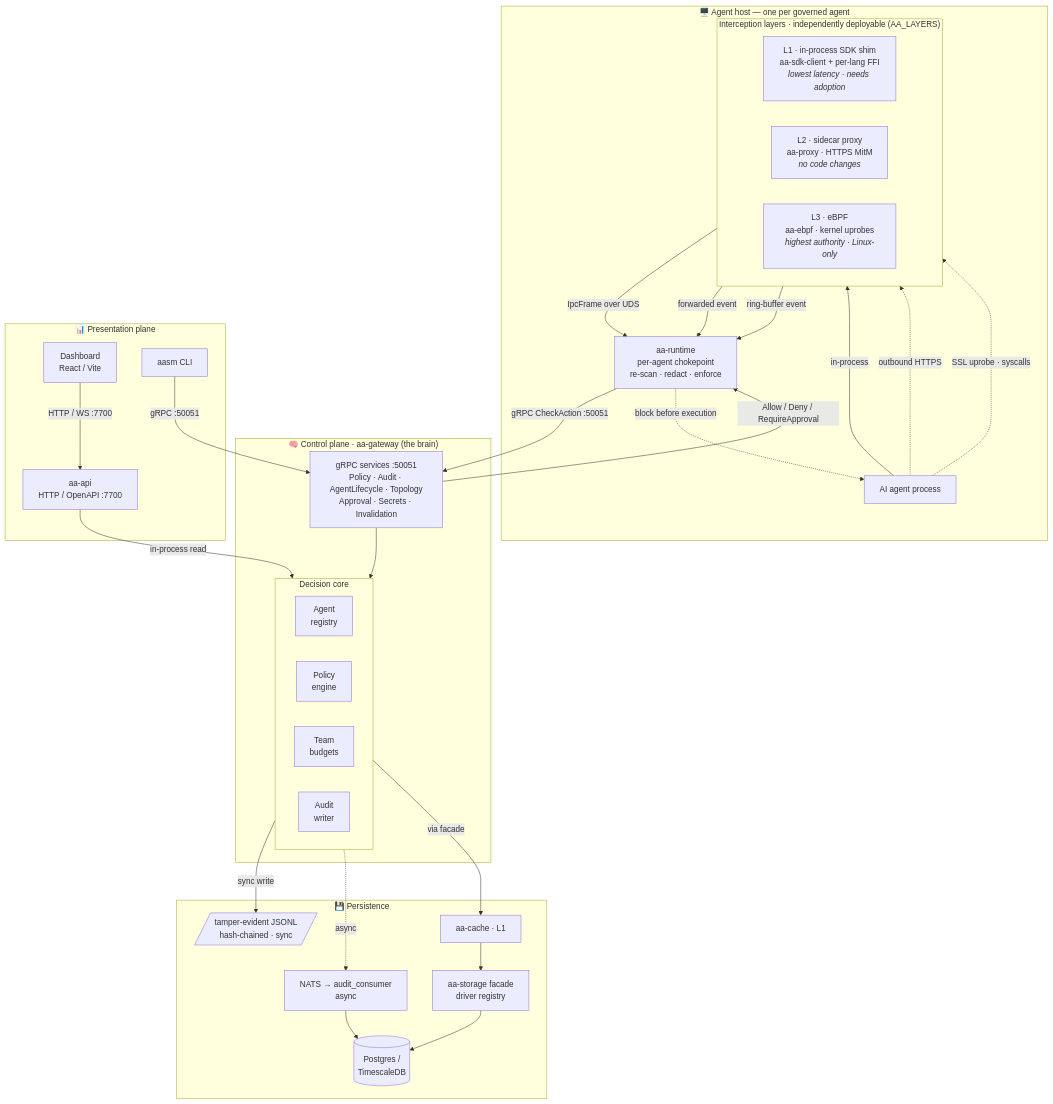
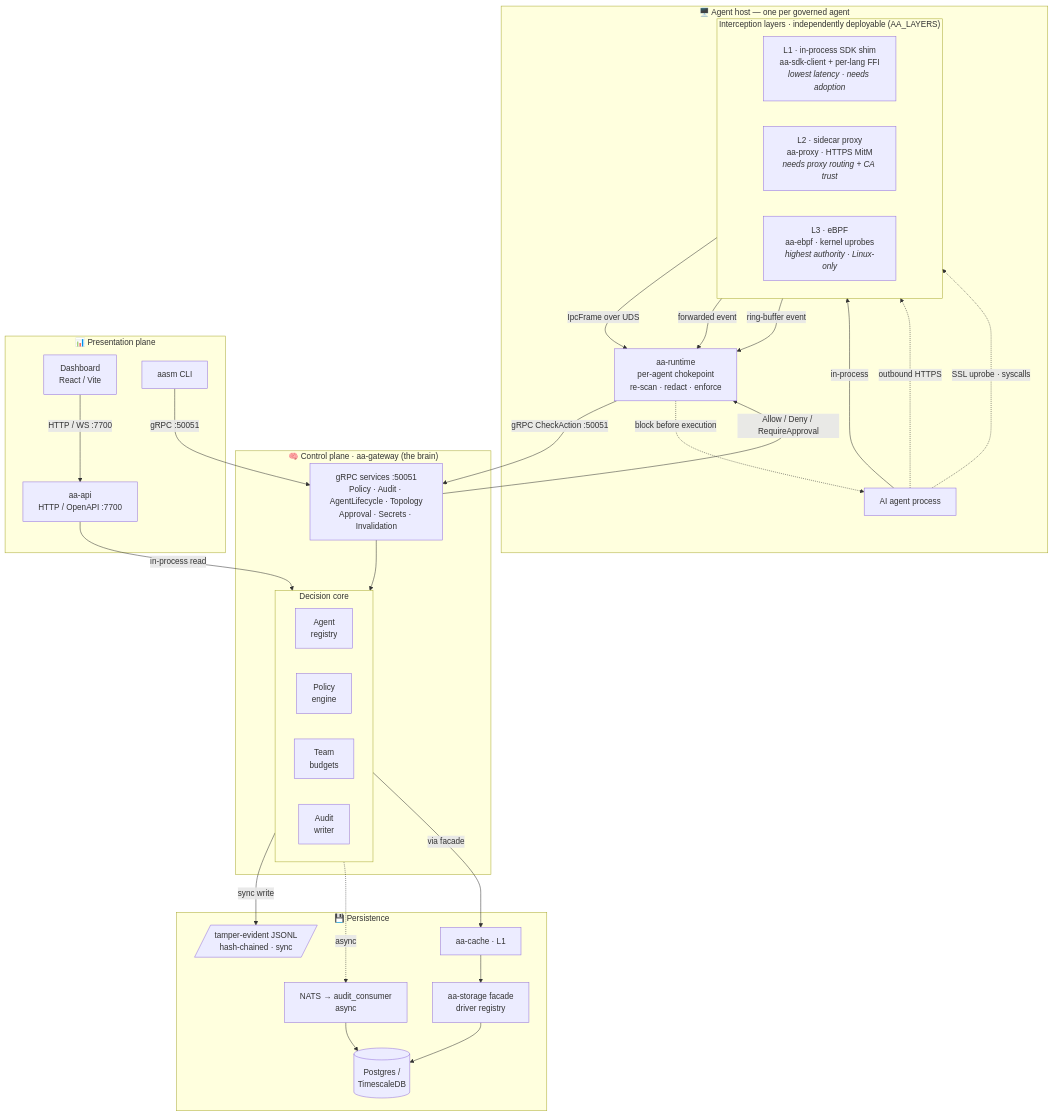
Before and after one commit to ai-agent-assembly/agent-assembly: the first of 2 diagrams in docs/src/architecture/infra-overview.md, drawn with Mermaid. The commit also changed other lines of this file and 1 other file, not shown here.

First line of the commit message:
📝 (docs): Bound the architecture overview layer and mediation claims

````diff
--- a/docs/src/architecture/infra-overview.md
+++ b/docs/src/architecture/infra-overview.md
@@ -53,61 +57,61 @@
 ```mermaid
 flowchart TB
     subgraph HOST["🖥️ Agent host — one per governed agent"]
         AGENT["AI agent process"]
         subgraph LAYERS["Interception layers · independently deployable (AA_LAYERS)"]
             direction LR
             L1["L1 · in-process SDK shim<br/>aa-sdk-client + per-lang FFI<br/><i>lowest latency · needs adoption</i>"]
-            L2["L2 · sidecar proxy<br/>aa-proxy · HTTPS MitM<br/><i>no code changes</i>"]
+            L2["L2 · sidecar proxy<br/>aa-proxy · HTTPS MitM<br/><i>needs proxy routing + CA trust</i>"]
             L3["L3 · eBPF<br/>aa-ebpf · kernel uprobes<br/><i>highest authority · Linux-only</i>"]
         end
         RT["aa-runtime<br/>per-agent chokepoint<br/>re-scan · redact · enforce"]
     end
 
     subgraph CTRL["🧠 Control plane · aa-gateway (the brain)"]
         GRPC["gRPC services :50051<br/>Policy · Audit · AgentLifecycle · Topology<br/>Approval · Secrets · Invalidation"]
         subgraph BRAIN["Decision core"]
             direction LR
             REG["Agent<br/>registry"]
             POL["Policy<br/>engine"]
             BUD["Team<br/>budgets"]
             AUD["Audit<br/>writer"]
         end
     end
 
     subgraph DATA["💾 Persistence"]
         CACHE["aa-cache · L1"]
         STORE["aa-storage facade<br/>driver registry"]
         DB[("Postgres /<br/>TimescaleDB")]
         JSONL[/"tamper-evident JSONL<br/>hash-chained · sync"/]
         NATSQ["NATS → audit_consumer<br/>async"]
     end
 
     subgraph PRES["📊 Presentation plane"]
         API["aa-api<br/>HTTP / OpenAPI :7700"]
         DASH["Dashboard<br/>React / Vite"]
         CLI["aasm CLI"]
     end
 
     AGENT -->|in-process| L1
     AGENT -.->|outbound HTTPS| L2
     AGENT -.->|SSL uprobe · syscalls| L3
     L1 -->|IpcFrame over UDS| RT
     L2 -->|forwarded event| RT
     L3 -->|ring-buffer event| RT
 
     RT -->|"gRPC CheckAction :50051"| GRPC
     GRPC -->|"Allow / Deny / RequireApproval"| RT
     RT -.->|block before execution| AGENT
     GRPC --> BRAIN
 
     BRAIN -->|via facade| CACHE
     CACHE --> STORE
     STORE --> DB
     AUD -->|sync write| JSONL
     AUD -.->|async| NATSQ
     NATSQ --> DB
 
     DASH -->|HTTP / WS :7700| API
     CLI -->|gRPC :50051| GRPC
     API -->|in-process read| BRAIN
 ```
````
